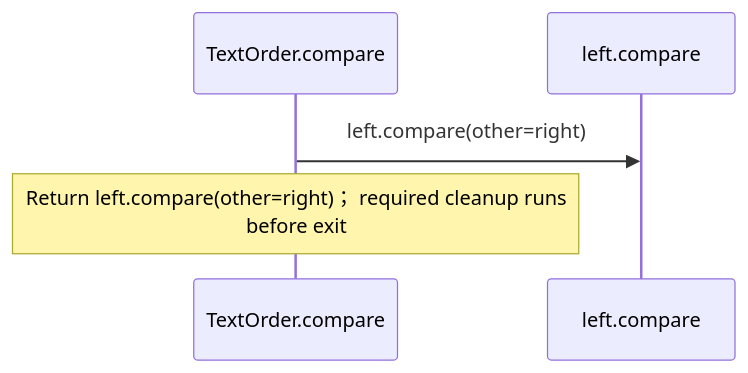
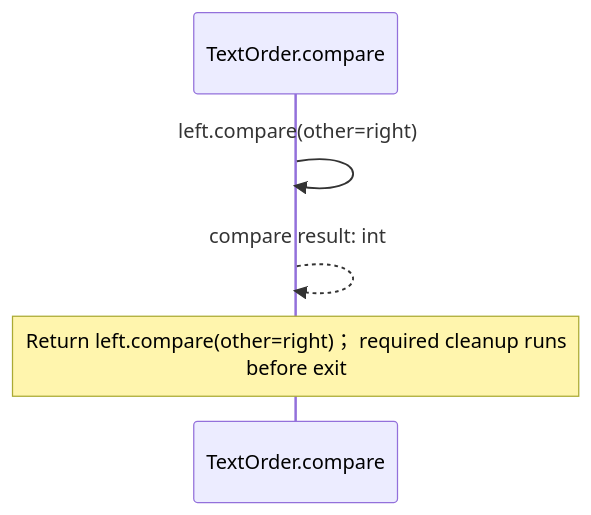
Diagram 19 of 21 in src/stdlib/collections/operations.aug.diagrams.md (GreenPandaStudios/augscript), drawn with Mermaid before and after one commit. The commit also changed other lines of this file and 304 other files, not shown here.

Commit message:
Make generated data-flow sequences concise and review every diagram

````diff
--- a/src/stdlib/collections/operations.aug.diagrams.md
+++ b/src/stdlib/collections/operations.aug.diagrams.md
@@ -329,7 +398,8 @@
 ```mermaid
 sequenceDiagram
     participant p0 as TextOrder.compare
-    participant p1 as left.compare
-    p0->>p1: left.compare(other=right)
+
+    p0->>p0: left.compare(other=right)
+    p0-->>p0: compare result: int
     Note over p0: Return left.compare(other=right)； required cleanup runs<br/>before exit
 ```
````
